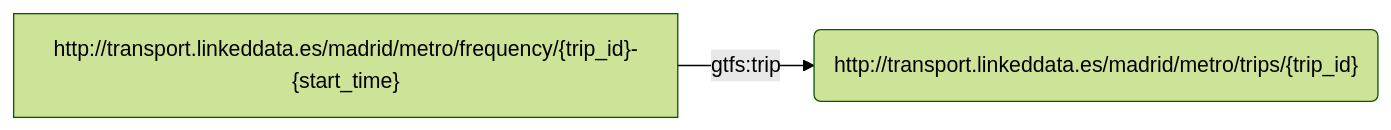
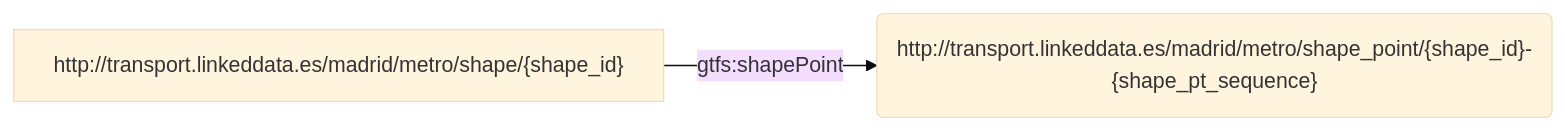
One commit to oeg-upm/rmldoc changed diagram 25 of 25 in test/author/author.md. Above: the diagram before and after it, drawn with Mermaid. The commit also changed other lines of this file, not shown here.

````diff
--- a/test/author/author.md
+++ b/test/author/author.md
@@ -532,7 +595,7 @@
 ```mermaid
-%%{ init : { "theme" : "forest", "flowchart" : { "curve" : "linear" }}}%%
+%%{ init : { "theme" : "base", "flowchart" : { "curve" : "linear" }}}%%
 
 flowchart LR
-S1["http://transport.linkeddata.es/madrid/metro/frequency/{trip_id}-{start_time}"] -->|"gtfs:trip"| object1("http://transport.linkeddata.es/madrid/metro/trips/{trip_id}")
+S1["http://transport.linkeddata.es/madrid/metro/shape/{shape_id}"] -->|"gtfs:shapePoint"| object1("http://transport.linkeddata.es/madrid/metro/shape_point/{shape_id}-{shape_pt_sequence}")
 
 ``` 
````
